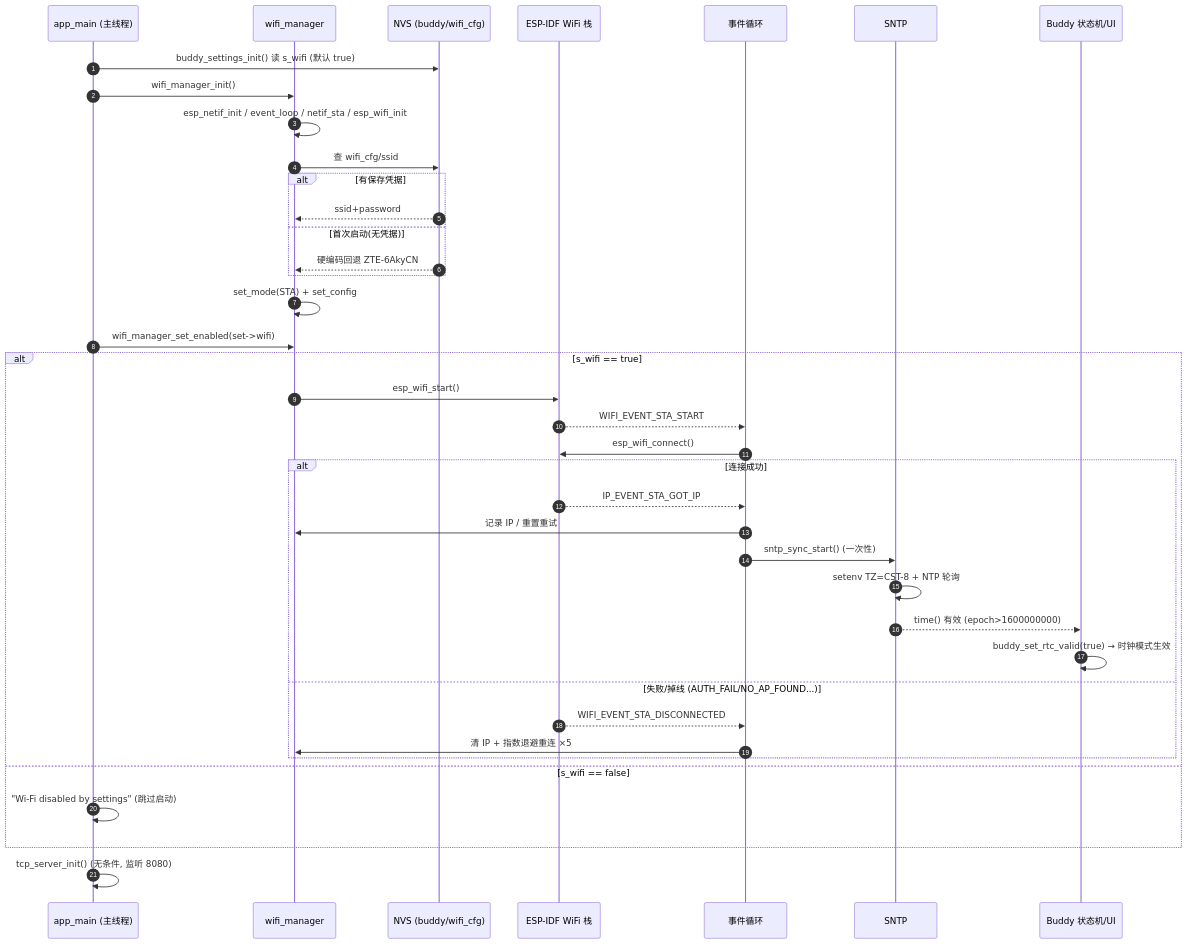
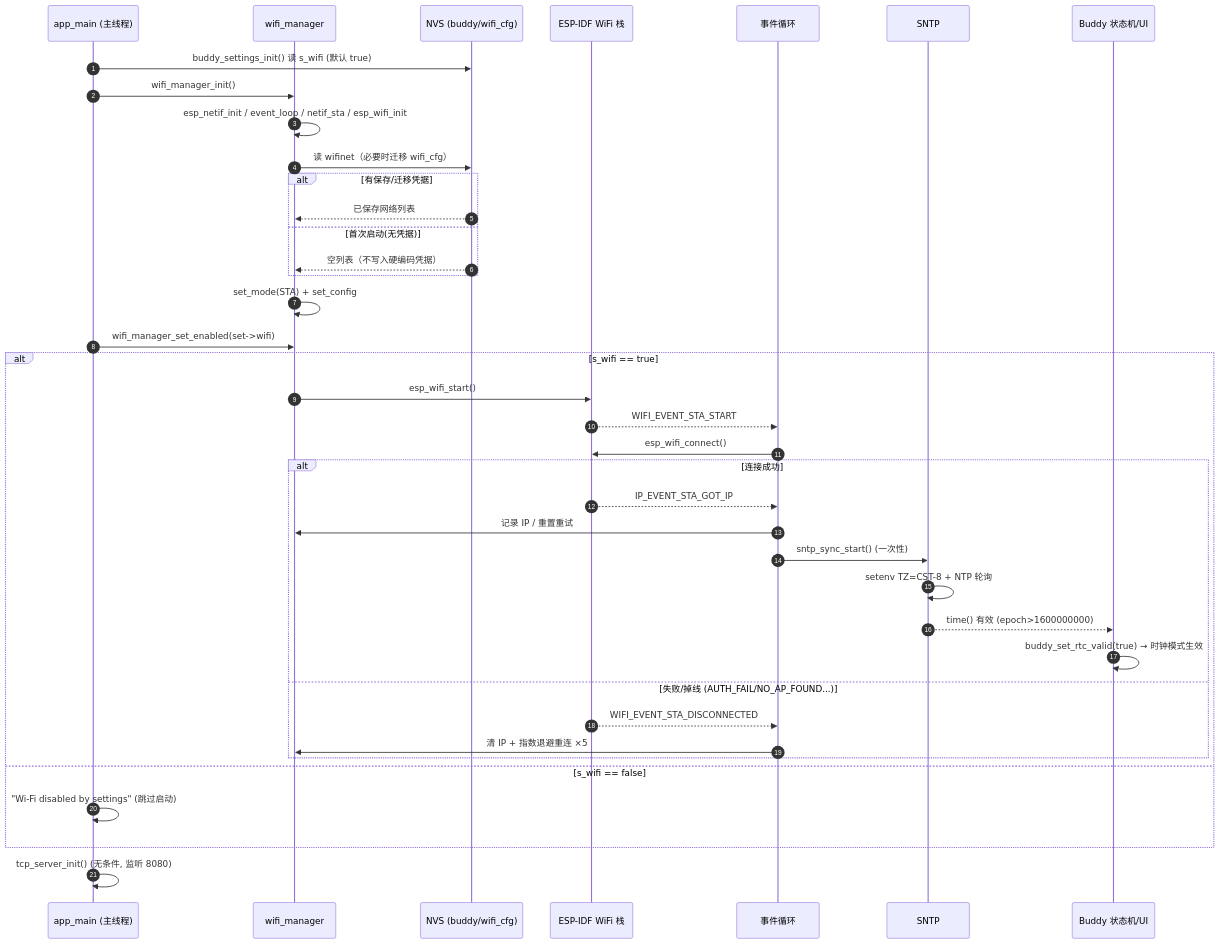
Before and after one commit to LingandRX/Elara: the diagram in docs/WiFi_Manager.md, drawn with Mermaid. The commit also changed other lines of this file and 11 other files, not shown here.

````diff
--- a/docs/WiFi_Manager.md
+++ b/docs/WiFi_Manager.md
@@ -75,42 +76,42 @@
 ```mermaid
 sequenceDiagram
     autonumber
     participant M as app_main (主线程)
     participant WM as wifi_manager
     participant NVS as NVS (buddy/wifi_cfg)
     participant W as ESP-IDF WiFi 栈
     participant EV as 事件循环
     participant S as SNTP
     participant B as Buddy 状态机/UI
 
     M->>NVS: buddy_settings_init() 读 s_wifi (默认 true)
     M->>WM: wifi_manager_init()
     WM->>WM: esp_netif_init / event_loop / netif_sta / esp_wifi_init
-    WM->>NVS: 查 wifi_cfg/ssid
-    alt 有保存凭据
-        NVS-->>WM: ssid+password
+    WM->>NVS: 读 wifinet（必要时迁移 wifi_cfg）
+    alt 有保存/迁移凭据
+        NVS-->>WM: 已保存网络列表
     else 首次启动(无凭据)
-        NVS-->>WM: 硬编码回退 ZTE-6AkyCN
+        NVS-->>WM: 空列表（不写入硬编码凭据）
     end
     WM->>WM: set_mode(STA) + set_config
     M->>WM: wifi_manager_set_enabled(set->wifi)
     alt s_wifi == true
         WM->>W: esp_wifi_start()
         W-->>EV: WIFI_EVENT_STA_START
         EV->>W: esp_wifi_connect()
         alt 连接成功
             W-->>EV: IP_EVENT_STA_GOT_IP
             EV->>WM: 记录 IP / 重置重试
             EV->>S: sntp_sync_start() (一次性)
             S->>S: setenv TZ=CST-8 + NTP 轮询
             S-->>B: time() 有效 (epoch>1600000000)
             B->>B: buddy_set_rtc_valid(true) → 时钟模式生效
         else 失败/掉线 (AUTH_FAIL/NO_AP_FOUND...)
             W-->>EV: WIFI_EVENT_STA_DISCONNECTED
             EV->>WM: 清 IP + 指数退避重连 ×5
         end
     else s_wifi == false
         M->>M: "Wi-Fi disabled by settings" (跳过启动)
     end
     M->>M: tcp_server_init() (无条件, 监听 8080)
 ```
````
